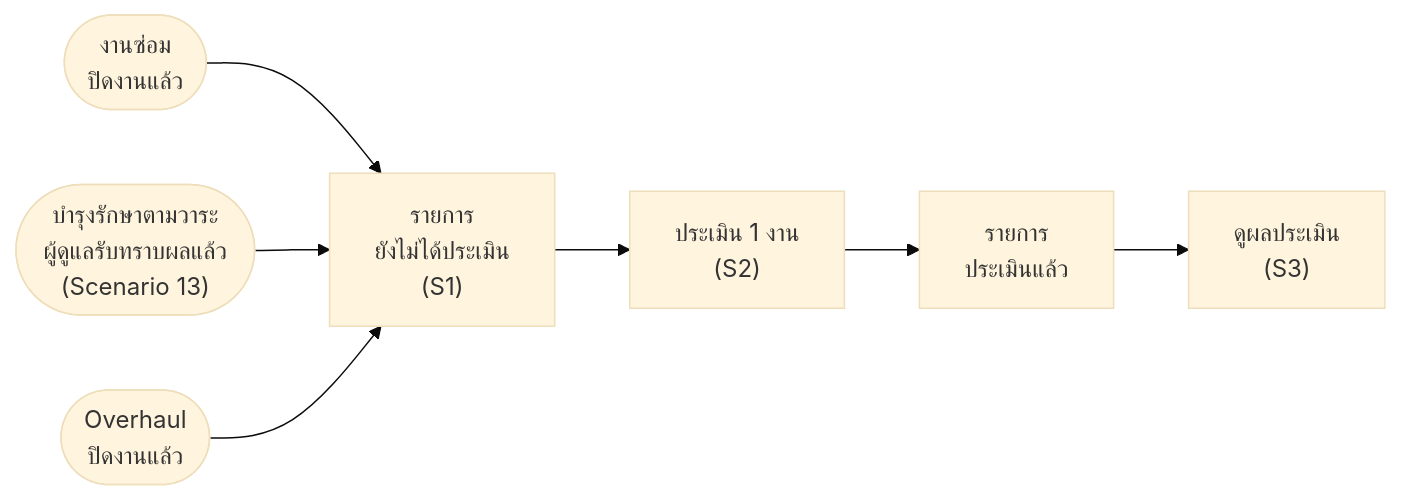
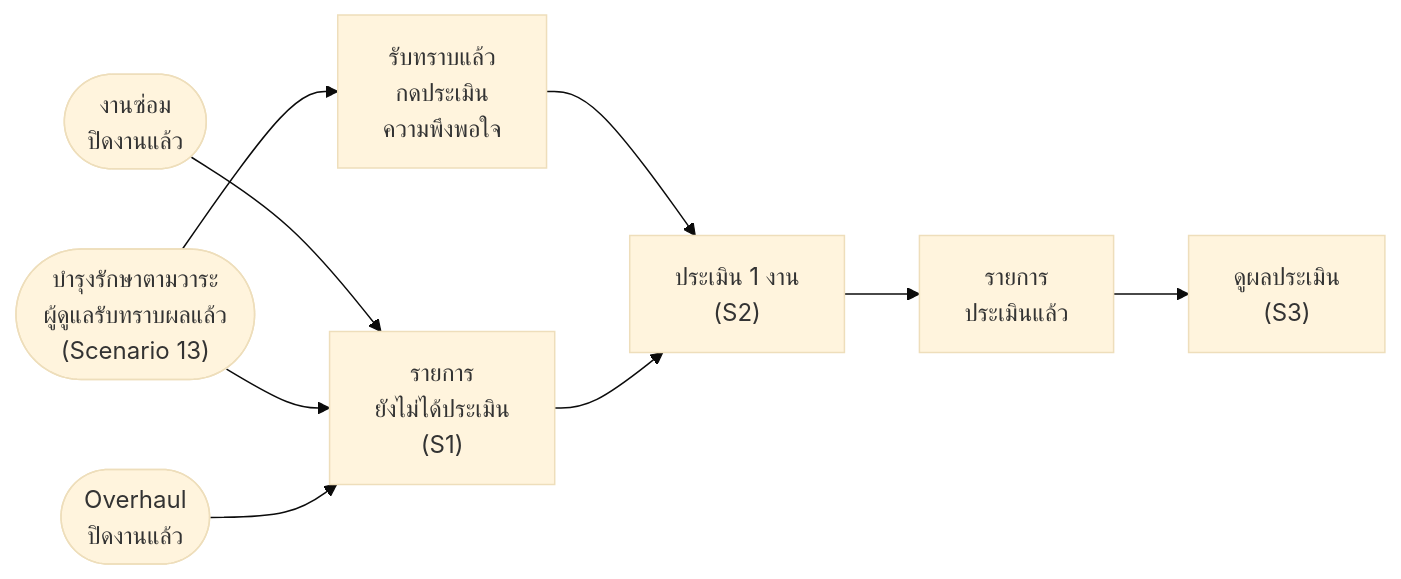
The diagram in Diagram/09-ประเมินความพึงพอใจ/01-ประเมินความพึงพอใจ-userflow.md (anugmail/Maintenance-Request-Form), drawn with Mermaid (base theme) before and after one commit. The commit also changed other lines of this file and 10 other files, not shown here.

````diff
--- a/Diagram/09-ประเมินความพึงพอใจ/01-ประเมินความพึงพอใจ-userflow.md
+++ b/Diagram/09-ประเมินความพึงพอใจ/01-ประเมินความพึงพอใจ-userflow.md
@@ -30,9 +31,11 @@
 ```mermaid
 flowchart LR
     R(["งานซ่อม<br/>ปิดงานแล้ว"]) --> L["รายการ<br/>ยังไม่ได้ประเมิน<br/>(S1)"]
     M(["บำรุงรักษาตามวาระ<br/>ผู้ดูแลรับทราบผลแล้ว<br/>(Scenario 13)"]) --> L
     O(["Overhaul<br/>ปิดงานแล้ว"]) --> L
+    M --> K["รับทราบแล้ว<br/>กดประเมิน<br/>ความพึงพอใจ"]
+    K --> F
     L --> F["ประเมิน 1 งาน<br/>(S2)"]
     F --> D["รายการ<br/>ประเมินแล้ว"]
     D --> V["ดูผลประเมิน<br/>(S3)"]
 ```
````
